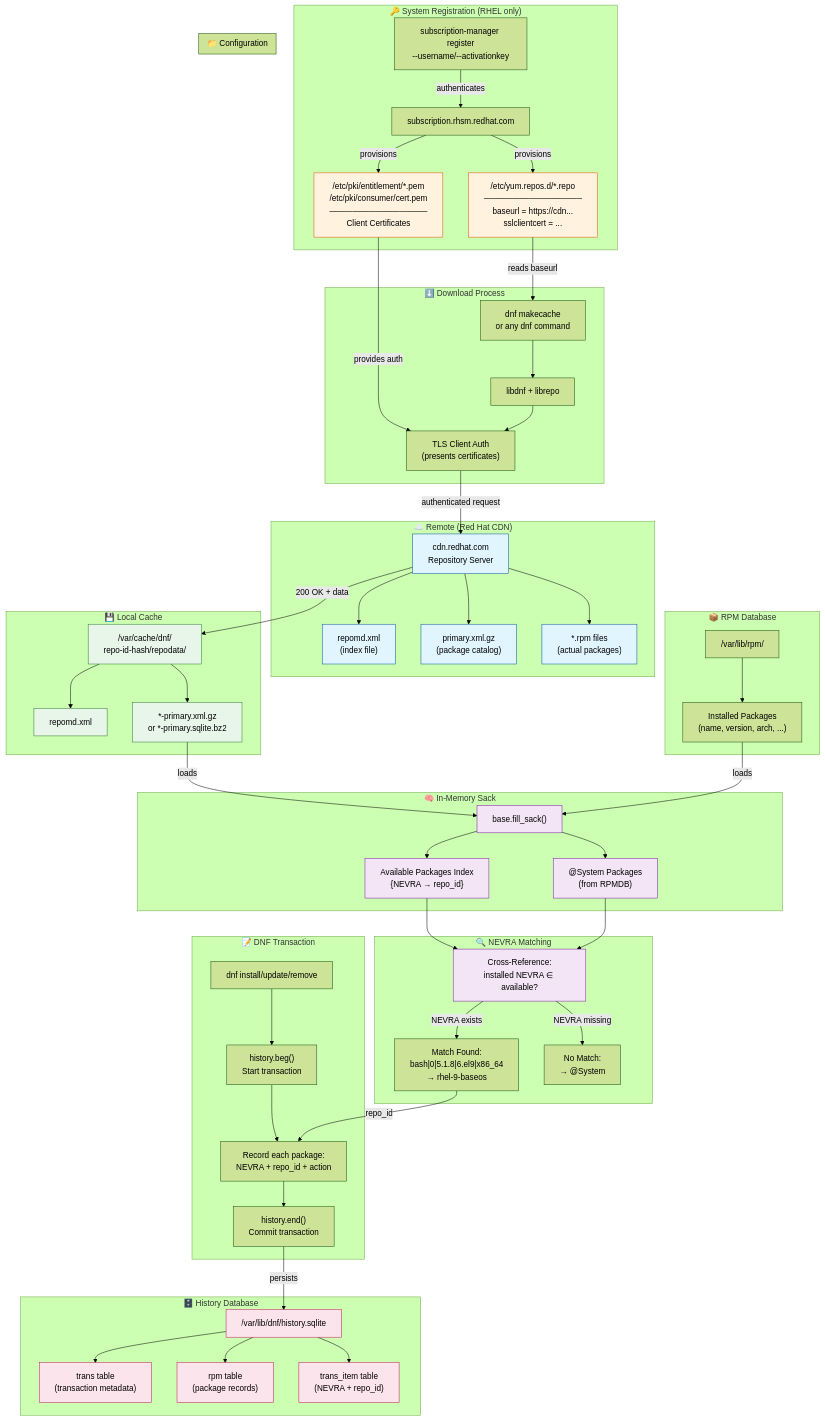
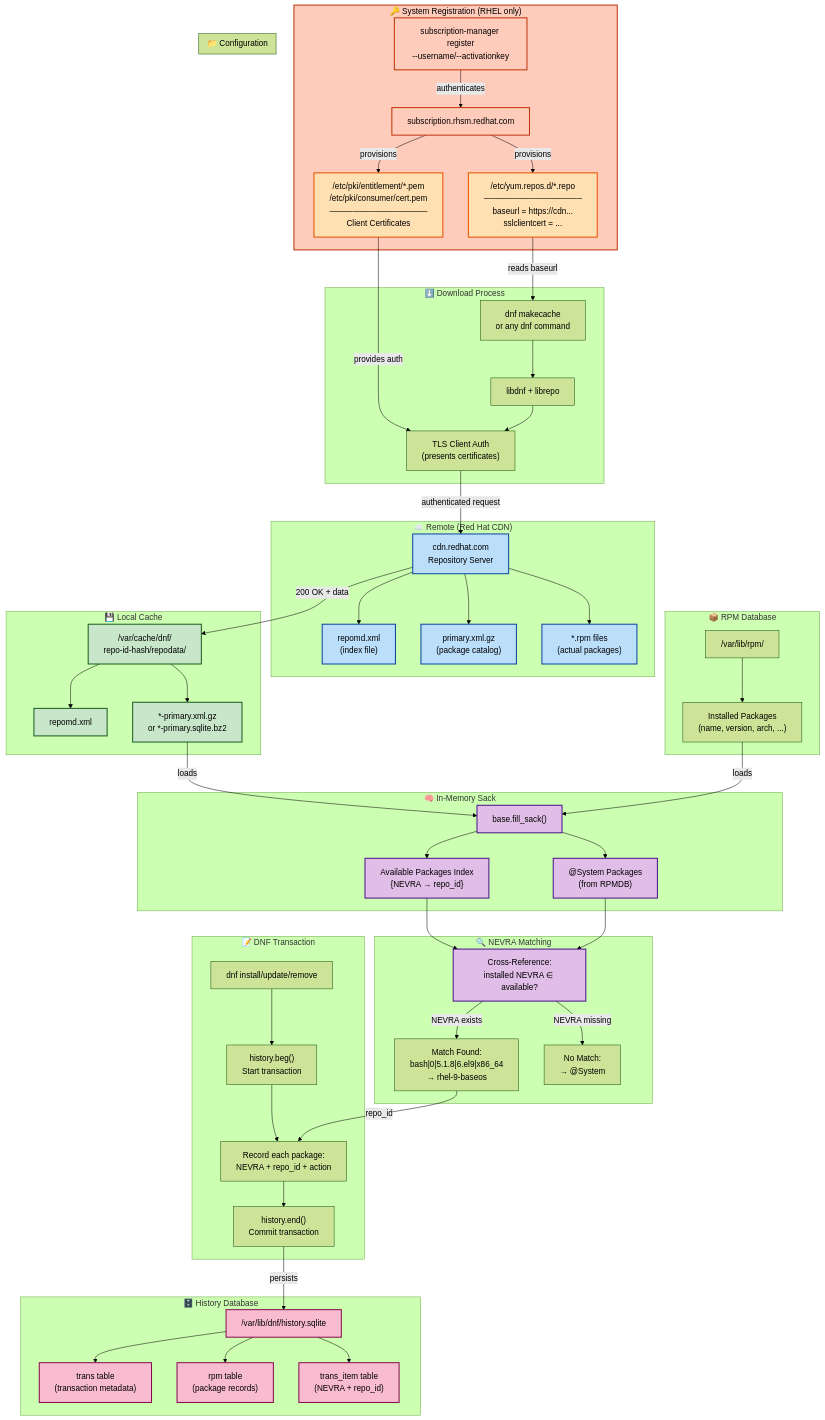
The first of 2 diagrams in DNF_DATA_FLOW_DIAGRAM.md (vikin91/dnf-scripts), drawn with Mermaid (forest theme) before and after one commit.

Commit message:
Use different colors to look better in dark mode

````diff
--- a/DNF_DATA_FLOW_DIAGRAM.md
+++ b/DNF_DATA_FLOW_DIAGRAM.md
@@ -102,16 +102,18 @@
     TRANS_ITEMS --> TRANS_END
     TRANS_END -->|"persists"| HISTORY_DB
 
-    %% Styling
-    classDef remote fill:#e1f5fe,stroke:#01579b
-    classDef config fill:#fff3e0,stroke:#e65100
-    classDef cache fill:#e8f5e9,stroke:#2e7d32
-    classDef memory fill:#f3e5f5,stroke:#7b1fa2
-    classDef db fill:#fce4ec,stroke:#c2185b
+    %% Styling with high-contrast colors for Dark/Light mode compatibility
+    classDef remote fill:#bbdefb,stroke:#0d47a1,stroke-width:2px,color:#000
+    classDef config fill:#ffe0b2,stroke:#e65100,stroke-width:2px,color:#000
+    classDef cache fill:#c8e6c9,stroke:#1b5e20,stroke-width:2px,color:#000
+    classDef memory fill:#e1bee7,stroke:#4a148c,stroke-width:2px,color:#000
+    classDef db fill:#f8bbd0,stroke:#880e4f,stroke-width:2px,color:#000
+    classDef auth fill:#ffccbc,stroke:#bf360c,stroke-width:2px,color:#000
 
     class CDN,REPOMD,PRIMARY,RPMS remote
     class REPOFILE,CERTS config
     class CACHE_DIR,LOCAL_REPOMD,LOCAL_PRIMARY cache
     class FILL_SACK,AVAILABLE,SYSTEM,MATCH memory
     class HISTORY_DB,TRANS_TABLE,RPM_TABLE,ITEM_TABLE db
+    class REGISTER,RHSM,SUBMGR auth
 ```
````
